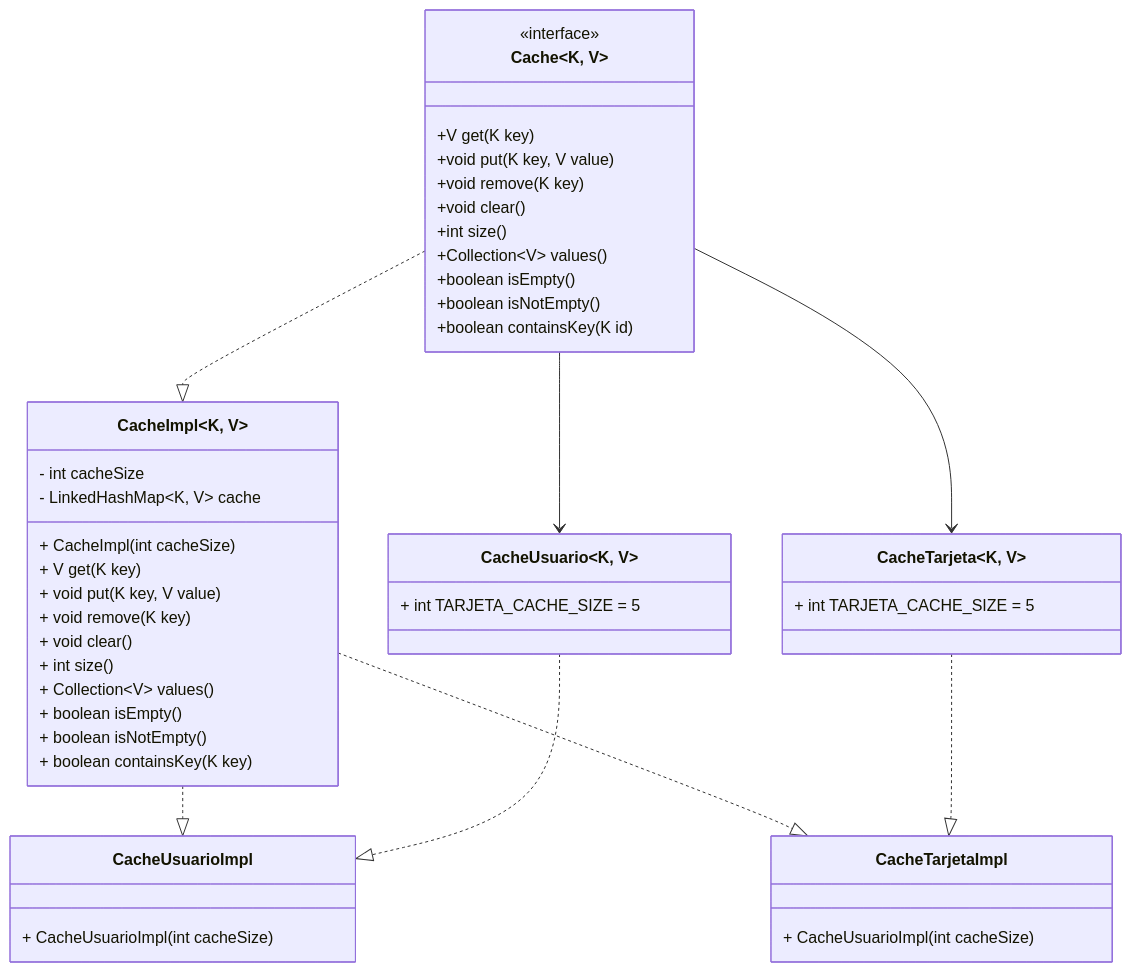
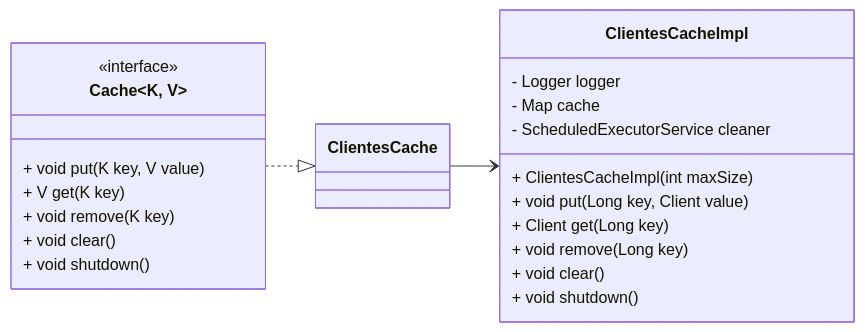
One commit to KevinSanchez5/ClientesBancos changed the sixth of 6 diagrams in README.md. Above: the diagram before and after it, drawn with Mermaid. The commit also changed other lines of this file, not shown here.

````diff
--- a/README.md
+++ b/README.md
@@ -306,58 +302,33 @@
 ```mermaid
 classDiagram
-    class Cache ~K, V~{
-        <<interface>>
-        +V get(K key)
-        +void put(K key, V value)
-        +void remove(K key)
-        +void clear()
-        +int size()
-        +Collection~V~ values()
-        +boolean isEmpty()
-        +boolean isNotEmpty()
-        +boolean containsKey(K id)
+    direction LR
+    class Cache ~K, V~ {
+         <<interface>>
+        + void put(K key, V value)
+        + V get(K key)
+        + void remove(K key)
+        + void clear()
+        + void shutdown()
     }
 
-    class CacheTarjeta ~K, V~ {
-        + int TARJETA_CACHE_SIZE = 5
+    Cache ..|> ClientesCache
+
+    class ClientesCache ~Long, Client~ {
     }
 
-    class CacheImpl ~K, V~ {
-        - int cacheSize
-        - LinkedHashMap~K, V~ cache
-        + CacheImpl(int cacheSize)
-        + V get(K key)
-        + void put(K key, V value)
-        + void remove(K key)
+    ClientesCache --> ClientesCacheImpl
+
+    class ClientesCacheImpl {
+        - Logger logger
+        - Map<Long, Client> cache
+        - ScheduledExecutorService cleaner
+        + ClientesCacheImpl(int maxSize)
+        + void put(Long key, Client value)
+        + Client get(Long key)
+        + void remove(Long key)
         + void clear()
-        + int size()
-        + Collection~V~ values()
-        + boolean isEmpty()
-        + boolean isNotEmpty()
-        + boolean containsKey(K key)
+        + void shutdown()
     }
-
-    
-
-    class CacheUsuario ~K, V~ {
-        + int TARJETA_CACHE_SIZE = 5
-    }
-
-    class CacheUsuarioImpl {
-        + CacheUsuarioImpl(int cacheSize)
-    }
-
-    class CacheTarjetaImpl {
-        + CacheUsuarioImpl(int cacheSize)
-    }
-
-    Cache ..|> CacheImpl
-    Cache --> CacheTarjeta
-    Cache --> CacheUsuario
-    CacheImpl ..|> CacheUsuarioImpl
-    CacheUsuario ..|> CacheUsuarioImpl
-    CacheImpl ..|> CacheTarjetaImpl
-    CacheTarjeta ..|> CacheTarjetaImpl
 
 
 ```
````
